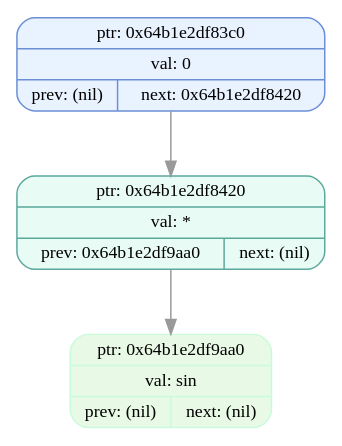
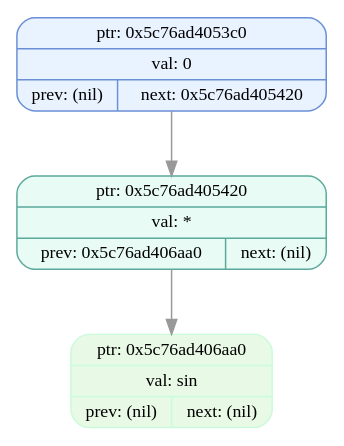
The diagram in dumps/tree_dump_002.dot (EvilTomato9890/Difference), drawn with Graphviz before and after one commit. The commit also changed 80 other files, not shown here.

```diff
--- a/dumps/tree_dump_002.dot
+++ b/dumps/tree_dump_002.dot
@@ -1,9 +1,9 @@
 digraph T{
   node [fontname="Fira Mono",shape=record,style="filled,rounded",fontsize=12];
   graph [splines=true, nodesep=0.6, ranksep=0.6];
-  node_0x64b1e2df83c0[shape=record,label="{ {ptr: 0x64b1e2df83c0} | {val: 0} | { prev: (nil) | next: 0x64b1e2df8420 } }",color="#6b8fd6",fillcolor="#e9f2ff"];
-  node_0x64b1e2df8420[shape=record,label="{ {ptr: 0x64b1e2df8420} | {val: *} | { prev: 0x64b1e2df9aa0 | next: (nil) } }",color="#5aa99b",fillcolor="#e9fbf5"];
-  node_0x64b1e2df9aa0[shape=record,label="{ {ptr: 0x64b1e2df9aa0} | {val: sin} | { prev: (nil) | next: (nil) } }",color="#c9fbdbff",fillcolor="#e8f9e5ff"];
-  node_0x64b1e2df83c0 -> node_0x64b1e2df8420 [color="#999999"];
-  node_0x64b1e2df8420 -> node_0x64b1e2df9aa0 [color="#999999"];
+  node_0x5c76ad4053c0[shape=record,label="{ {ptr: 0x5c76ad4053c0} | {val: 0} | { prev: (nil) | next: 0x5c76ad405420 } }",color="#6b8fd6",fillcolor="#e9f2ff"];
+  node_0x5c76ad405420[shape=record,label="{ {ptr: 0x5c76ad405420} | {val: *} | { prev: 0x5c76ad406aa0 | next: (nil) } }",color="#5aa99b",fillcolor="#e9fbf5"];
+  node_0x5c76ad406aa0[shape=record,label="{ {ptr: 0x5c76ad406aa0} | {val: sin} | { prev: (nil) | next: (nil) } }",color="#c9fbdbff",fillcolor="#e8f9e5ff"];
+  node_0x5c76ad4053c0 -> node_0x5c76ad405420 [color="#999999"];
+  node_0x5c76ad405420 -> node_0x5c76ad406aa0 [color="#999999"];
 }
```
